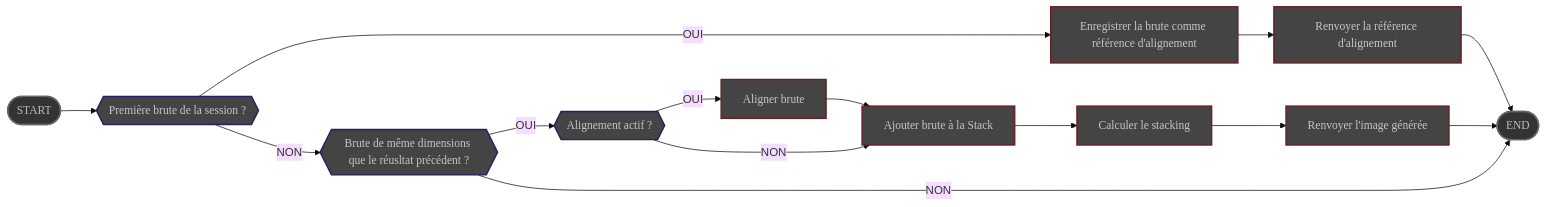
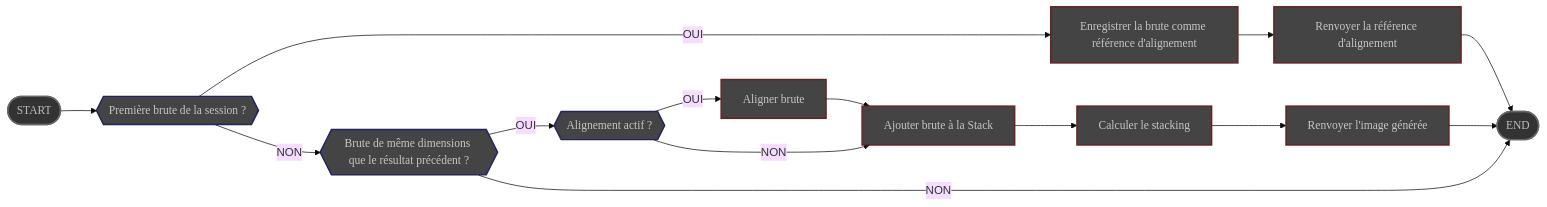
Before and after one commit to deufrai/als: the diagram in website/content/fr/docs/v0.7/reference/modules/stack.md, drawn with Mermaid (base theme). The commit also changed 5 other files, not shown here.

Commit message:
Fix scanner module mermaid labels

````diff
--- a/website/content/fr/docs/v0.7/reference/modules/stack.md
+++ b/website/content/fr/docs/v0.7/reference/modules/stack.md
@@ -43,36 +43,36 @@
 ```mermaid
 flowchart LR
     Start([START])
     FirstSub{{Première brute de la session ?}}
     SetAlignReference[Enregistrer la brute comme référence d'alignement]
-    CheckShape{{Brute de même dimensions que le réusltat précédent ?}}
+    CheckShape{{Brute de même dimensions que le résultat précédent ?}}
     CheckAlign{{Alignement actif ?}}
     AlignImage[Aligner brute]
     StackImage[Ajouter brute à la Stack]
     ComputeStacking[Calculer le stacking]
     PublishReference[Renvoyer la référence d'alignement]
     PublishResult[Renvoyer l'image générée]
     End([END])
 
     Start --> FirstSub
     FirstSub -- OUI --> SetAlignReference
     SetAlignReference --> PublishReference
     FirstSub -- NON --> CheckShape
     CheckShape -- OUI --> CheckAlign
     CheckAlign -- OUI --> AlignImage
     AlignImage --> StackImage
     CheckAlign -- NON --> StackImage
     StackImage --> ComputeStacking
     ComputeStacking --> PublishResult
     CheckShape -- NON --> End
     PublishReference --> End
     PublishResult --> End
     
     classDef bounds fill: #333, stroke: #666, stroke-width: 2px, color: #BBB, font-family: 'Poppins', sans-serif
     classDef step fill: #444, stroke: #622, stroke-width:2px, color: #c6c6c6, font-family: 'Poppins',sans-serif
     classDef test fill: #444, stroke: #226, stroke-width: 2px, color: #c6c6c6, font-family: 'Poppins', sans-serif
     
     class Start,End bounds
     class SetAlignReference,AlignImage,StackImage,PublishResult,ComputeStacking,PublishReference step
     class CheckShape,CheckAlign,FirstSub test
 ```
````
